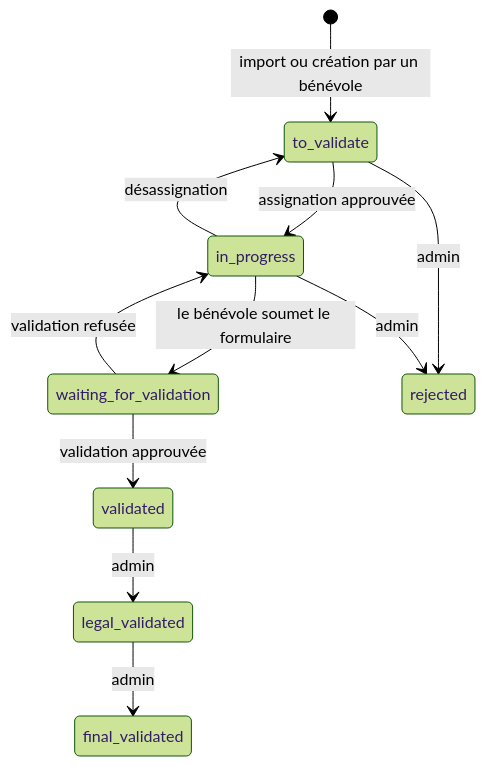
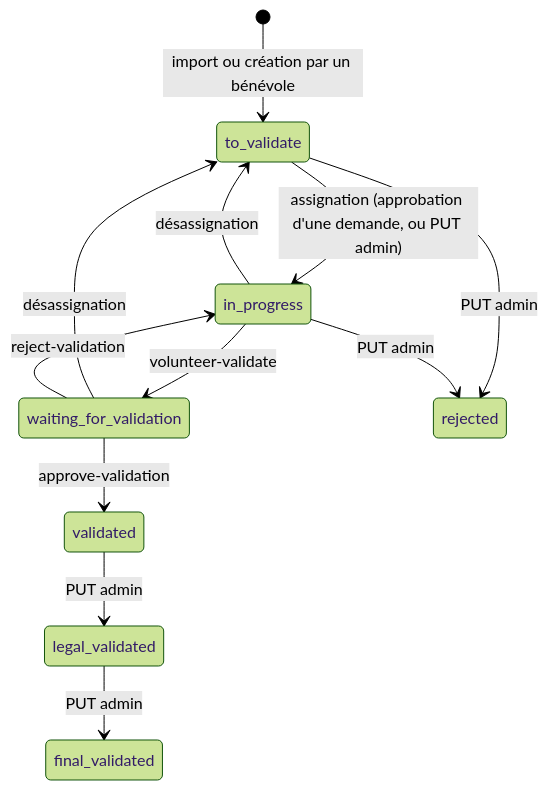
The third of 3 diagrams in doc/architecture.md (dataforgoodfr/13_brigade_coupes_rases), drawn with Mermaid (forest theme) before and after one commit. The commit also changed other lines of this file, not shown here.

````diff
--- a/doc/architecture.md
+++ b/doc/architecture.md
@@ -191,13 +193,14 @@
 ```mermaid
 stateDiagram-v2
     [*] --> to_validate : import ou création par un bénévole
-    to_validate --> in_progress : assignation approuvée
+    to_validate --> in_progress : assignation (approbation d'une demande, ou PUT admin)
     in_progress --> to_validate : désassignation
-    in_progress --> waiting_for_validation : le bénévole soumet le formulaire
-    waiting_for_validation --> in_progress : validation refusée
-    waiting_for_validation --> validated : validation approuvée
-    validated --> legal_validated : admin
-    legal_validated --> final_validated : admin
-    to_validate --> rejected : admin
-    in_progress --> rejected : admin
+    in_progress --> waiting_for_validation : volunteer-validate
+    waiting_for_validation --> to_validate : désassignation
+    waiting_for_validation --> in_progress : reject-validation
+    waiting_for_validation --> validated : approve-validation
+    validated --> legal_validated : PUT admin
+    legal_validated --> final_validated : PUT admin
+    to_validate --> rejected : PUT admin
+    in_progress --> rejected : PUT admin
 ```
````
